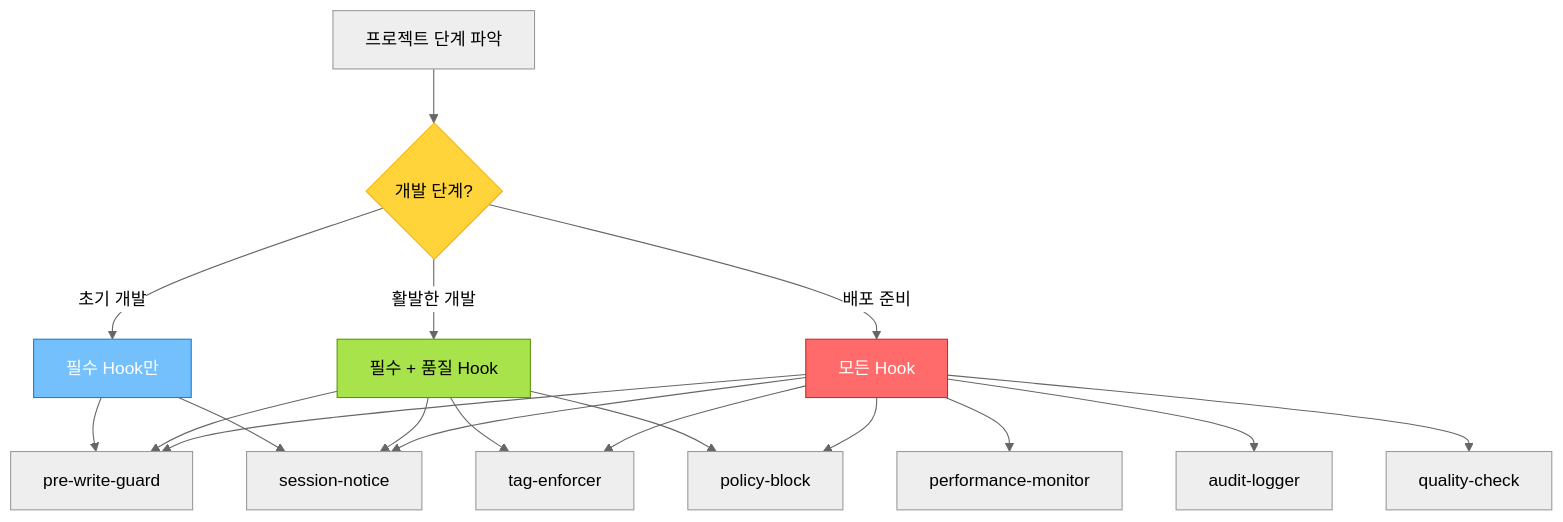
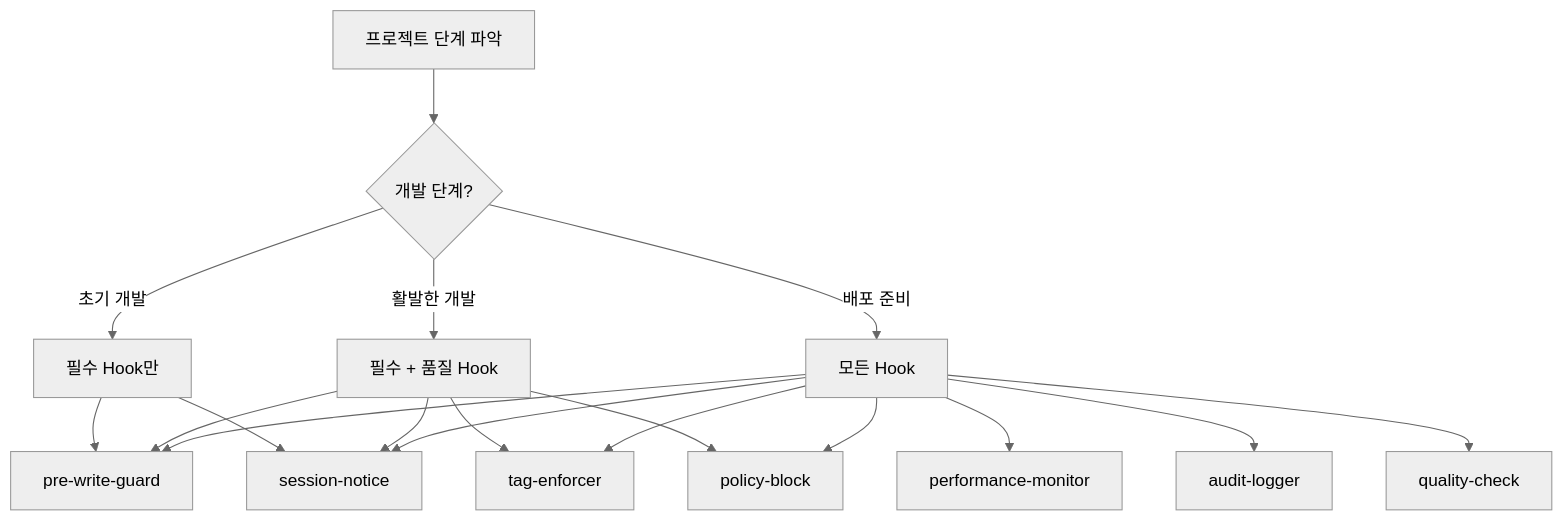
One commit to modu-ai/moai-adk changed the seventh of 7 diagrams in docs/claude/agents/cc-manager.md. Above: the diagram before and after it, drawn with Mermaid (neutral theme). The commit also changed other lines of this file and 299 other files, not shown here.

First line of the commit message:
🎨 feat: Mermaid 다크/라이트 테마 대응 + trust-checker 통합

````diff
--- a/docs/claude/agents/cc-manager.md
+++ b/docs/claude/agents/cc-manager.md
@@ -570,28 +548,24 @@
 ```mermaid
 graph TB
     A[프로젝트 단계 파악] --> B{개발 단계?}
     B -->|초기 개발| C[필수 Hook만]
     B -->|활발한 개발| D[필수 + 품질 Hook]
     B -->|배포 준비| E[모든 Hook]
 
     C --> C1[pre-write-guard]
     C --> C2[session-notice]
 
     D --> C1
     D --> C2
     D --> D1[tag-enforcer]
     D --> D2[policy-block]
 
     E --> C1
     E --> C2
     E --> D1
     E --> D2
     E --> E1[performance-monitor]
     E --> E2[audit-logger]
     E --> E3[quality-check]
 
-    style B fill:#ffd43b,stroke:#fab005,color:#000
-    style C fill:#74c0fc,stroke:#1c7ed6,color:#fff
-    style D fill:#a9e34b,stroke:#5c940d,color:#000
-    style E fill:#ff6b6b,stroke:#c92a2a,color:#fff
 ```
````
